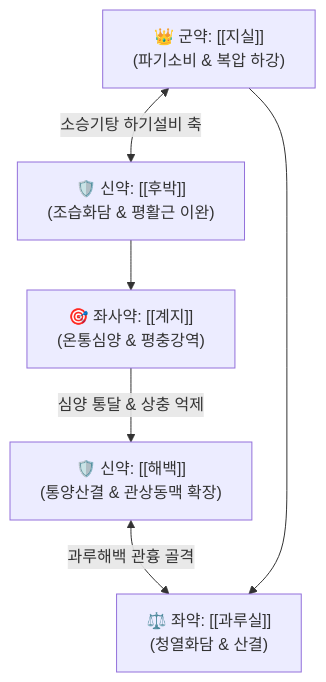
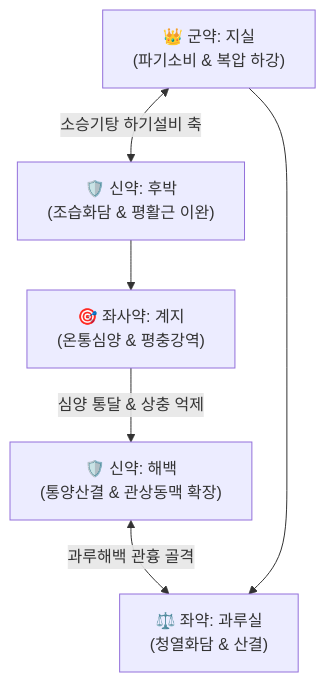
Before and after one commit to simbio11/simbio-digital-garden2: the diagram in content/2. 약리 공부/처방/04_이기·화해제/지실해백계지탕.md, drawn with Mermaid. The commit also changed other lines of this file and 122 other files, not shown here.

````diff
--- a/content/2. 약리 공부/처방/04_이기·화해제/지실해백계지탕.md
+++ b/content/2. 약리 공부/처방/04_이기·화해제/지실해백계지탕.md
@@ -64,8 +65,8 @@
 ```mermaid
 graph TD
-    ZS["👑 군약: [[지실]]<br>(파기소비 & 복압 하강)"] <-->|소승기탕 하기설비 축| HP["🛡️ 신약: [[후박]]<br>(조습화담 & 평활근 이완)"]
-    XB["🛡️ 신약: [[해백]]<br>(통양산결 & 관상동맥 확장)"] <-->|과루해백 관흉 골격| GL["⚖️ 좌약: [[과루실]]<br>(청열화담 & 산결)"]
-    GZ["🎯 좌사약: [[계지]]<br>(온통심양 & 평충강역)"] -->|심양 통달 & 상충 억제| XB
+    ZS["👑 군약: 지실<br>(파기소비 & 복압 하강)"] <-->|소승기탕 하기설비 축| HP["🛡️ 신약: 후박<br>(조습화담 & 평활근 이완)"]
+    XB["🛡️ 신약: 해백<br>(통양산결 & 관상동맥 확장)"] <-->|과루해백 관흉 골격| GL["⚖️ 좌약: 과루실<br>(청열화담 & 산결)"]
+    GZ["🎯 좌사약: 계지<br>(온통심양 & 평충강역)"] -->|심양 통달 & 상충 억제| XB
     ZS --> GL
     HP --> GZ
 ```
````
